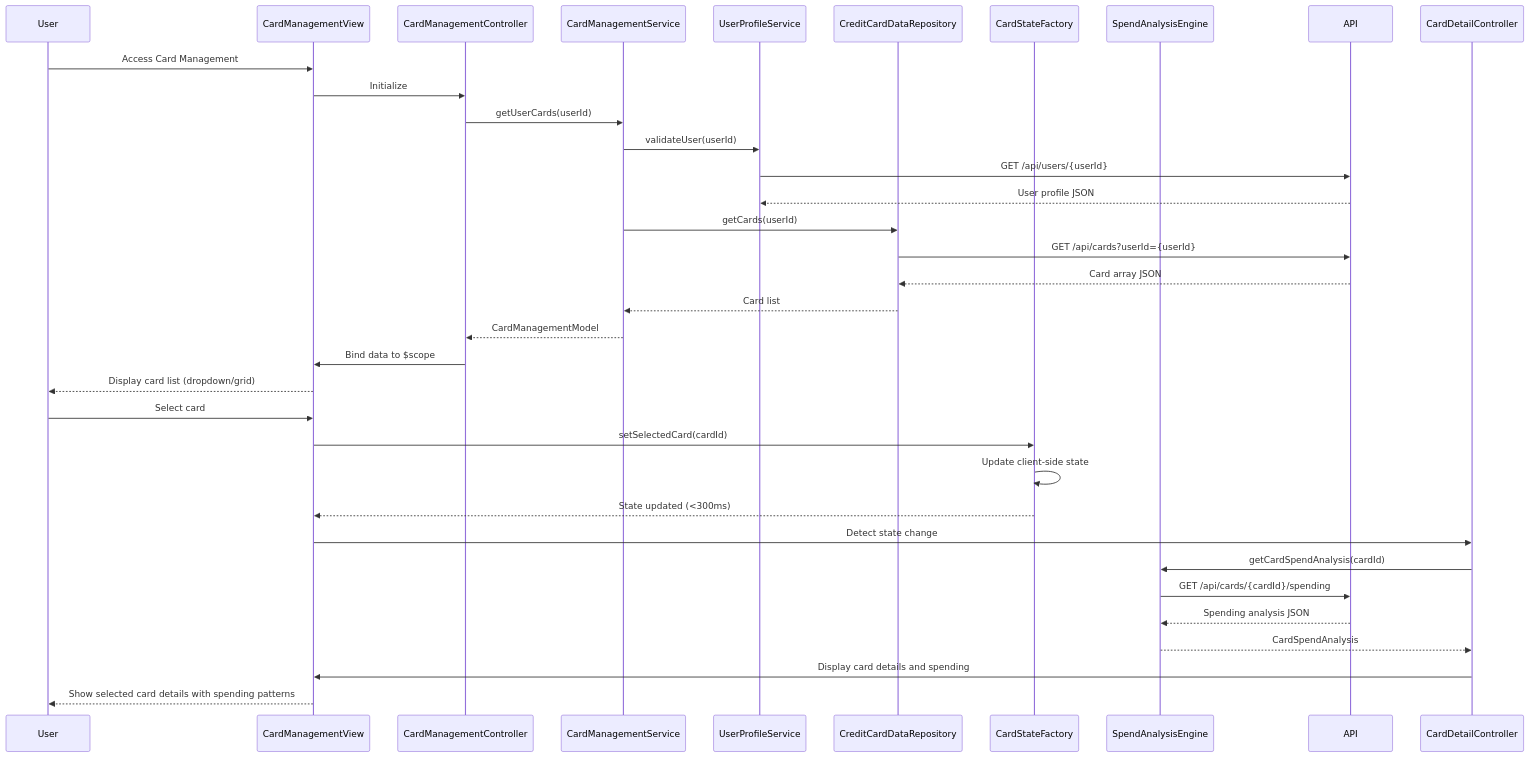
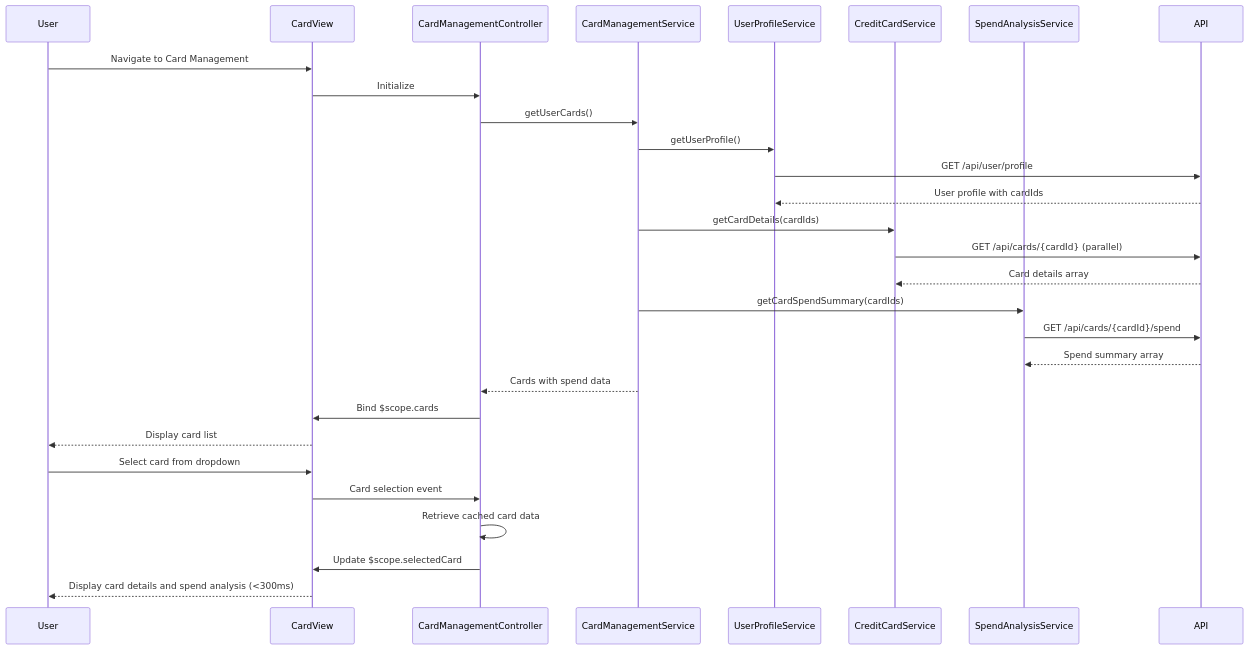
The diagram in LLD/QE-8566_LLD.md (AAVA-Demo/APB_Demo), drawn with Mermaid before and after one commit. The commit also changed other lines of this file and 5 other files, not shown here.

````diff
--- a/LLD/QE-8566_LLD.md
+++ b/LLD/QE-8566_LLD.md
@@ -111,37 +78,32 @@
 ```mermaid
 sequenceDiagram
     participant User
-    participant CardManagementView
+    participant CardView
     participant CardManagementController
     participant CardManagementService
     participant UserProfileService
-    participant CreditCardDataRepository
-    participant CardStateFactory
-    participant SpendAnalysisEngine
+    participant CreditCardService
+    participant SpendAnalysisService
     participant API
 
-    User->>CardManagementView: Access Card Management
-    CardManagementView->>CardManagementController: Initialize
-    CardManagementController->>CardManagementService: getUserCards(userId)
-    CardManagementService->>UserProfileService: validateUser(userId)
-    UserProfileService->>API: GET /api/users/{userId}
-    API-->>UserProfileService: User profile JSON
-    CardManagementService->>CreditCardDataRepository: getCards(userId)
-    CreditCardDataRepository->>API: GET /api/cards?userId={userId}
-    API-->>CreditCardDataRepository: Card array JSON
-    CreditCardDataRepository-->>CardManagementService: Card list
-    CardManagementService-->>CardManagementController: CardManagementModel
-    CardManagementController->>CardManagementView: Bind data to $scope
-    CardManagementView-->>User: Display card list (dropdown/grid)
-    User->>CardManagementView: Select card
-    CardManagementView->>CardStateFactory: setSelectedCard(cardId)
-    CardStateFactory->>CardStateFactory: Update client-side state
-    CardStateFactory-->>CardManagementView: State updated (<300ms)
-    CardManagementView->>CardDetailController: Detect state change
-    CardDetailController->>SpendAnalysisEngine: getCardSpendAnalysis(cardId)
-    SpendAnalysisEngine->>API: GET /api/cards/{cardId}/spending
-    API-->>SpendAnalysisEngine: Spending analysis JSON
-    SpendAnalysisEngine-->>CardDetailController: CardSpendAnalysis
-    CardDetailController->>CardManagementView: Display card details and spending
-    CardManagementView-->>User: Show selected card details with spending patterns
+    User->>CardView: Navigate to Card Management
+    CardView->>CardManagementController: Initialize
+    CardManagementController->>CardManagementService: getUserCards()
+    CardManagementService->>UserProfileService: getUserProfile()
+    UserProfileService->>API: GET /api/user/profile
+    API-->>UserProfileService: User profile with cardIds
+    CardManagementService->>CreditCardService: getCardDetails(cardIds)
+    CreditCardService->>API: GET /api/cards/{cardId} (parallel)
+    API-->>CreditCardService: Card details array
+    CardManagementService->>SpendAnalysisService: getCardSpendSummary(cardIds)
+    SpendAnalysisService->>API: GET /api/cards/{cardId}/spend
+    API-->>SpendAnalysisService: Spend summary array
+    CardManagementService-->>CardManagementController: Cards with spend data
+    CardManagementController->>CardView: Bind $scope.cards
+    CardView-->>User: Display card list
+    User->>CardView: Select card from dropdown
+    CardView->>CardManagementController: Card selection event
+    CardManagementController->>CardManagementController: Retrieve cached card data
+    CardManagementController->>CardView: Update $scope.selectedCard
+    CardView-->>User: Display card details and spend analysis (<300ms)
 ```
````
